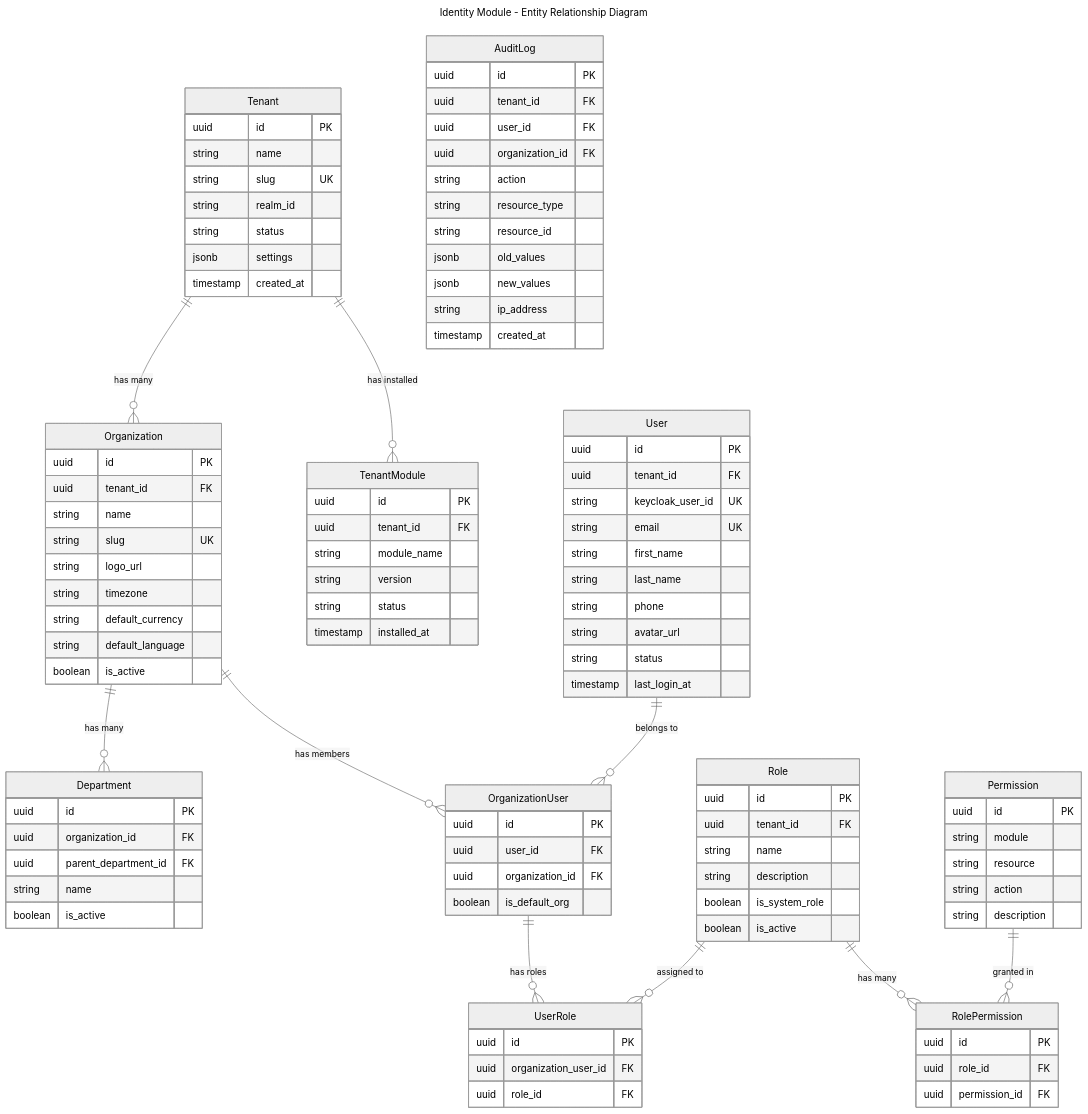
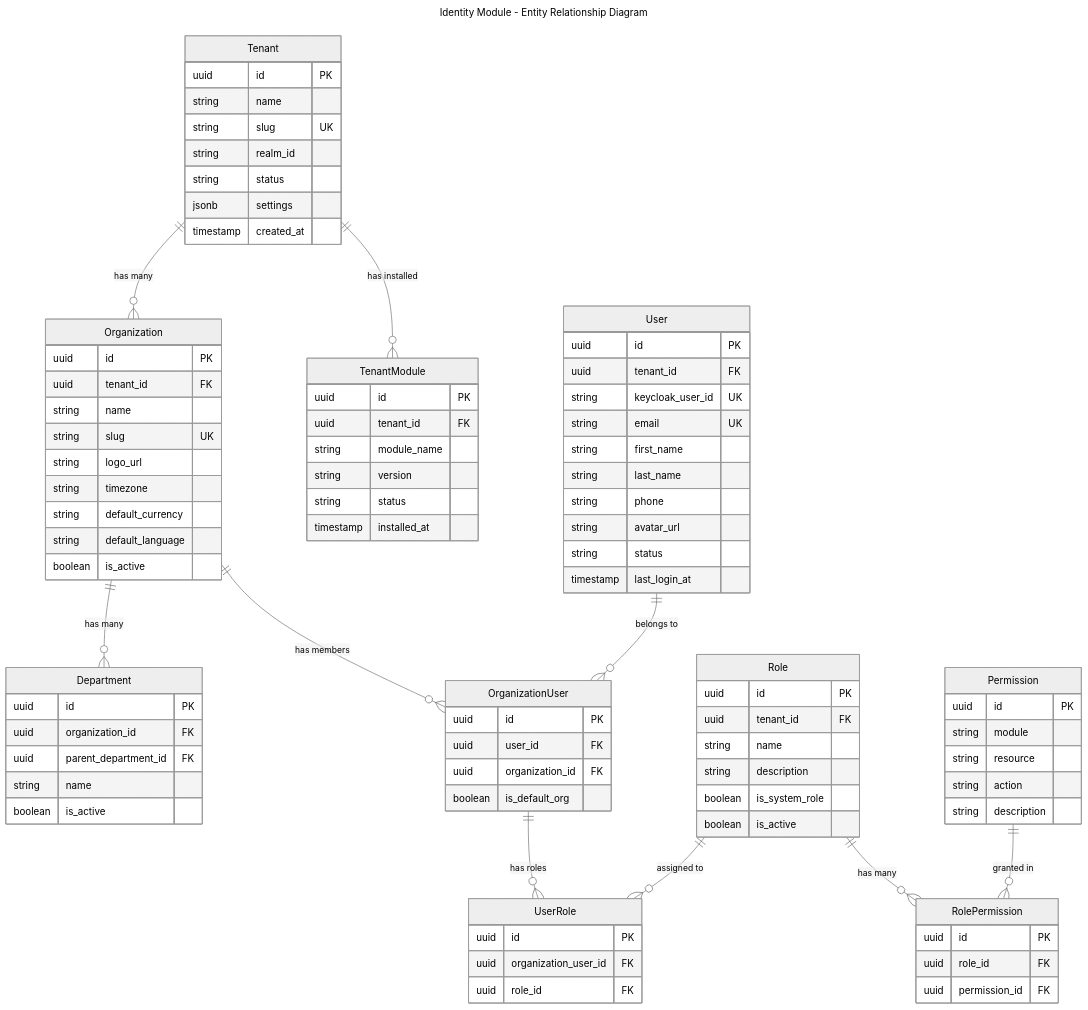
One commit to cemililik/Nexora changed the first of 8 diagrams in docs/modules/identity/SPEC.md. Above: the diagram before and after it, drawn with Mermaid (neutral theme). The commit also changed other lines of this file and 111 other files, not shown here.

````diff
--- a/docs/modules/identity/SPEC.md
+++ b/docs/modules/identity/SPEC.md
@@ -114,17 +115,4 @@
         timestamp installed_at
     }
 
-    AuditLog {
-        uuid id PK
-        uuid tenant_id FK
-        uuid user_id FK
-        uuid organization_id FK
-        string action
-        string resource_type
-        string resource_id
-        jsonb old_values
-        jsonb new_values
-        string ip_address
-        timestamp created_at
-    }
 ```
````
